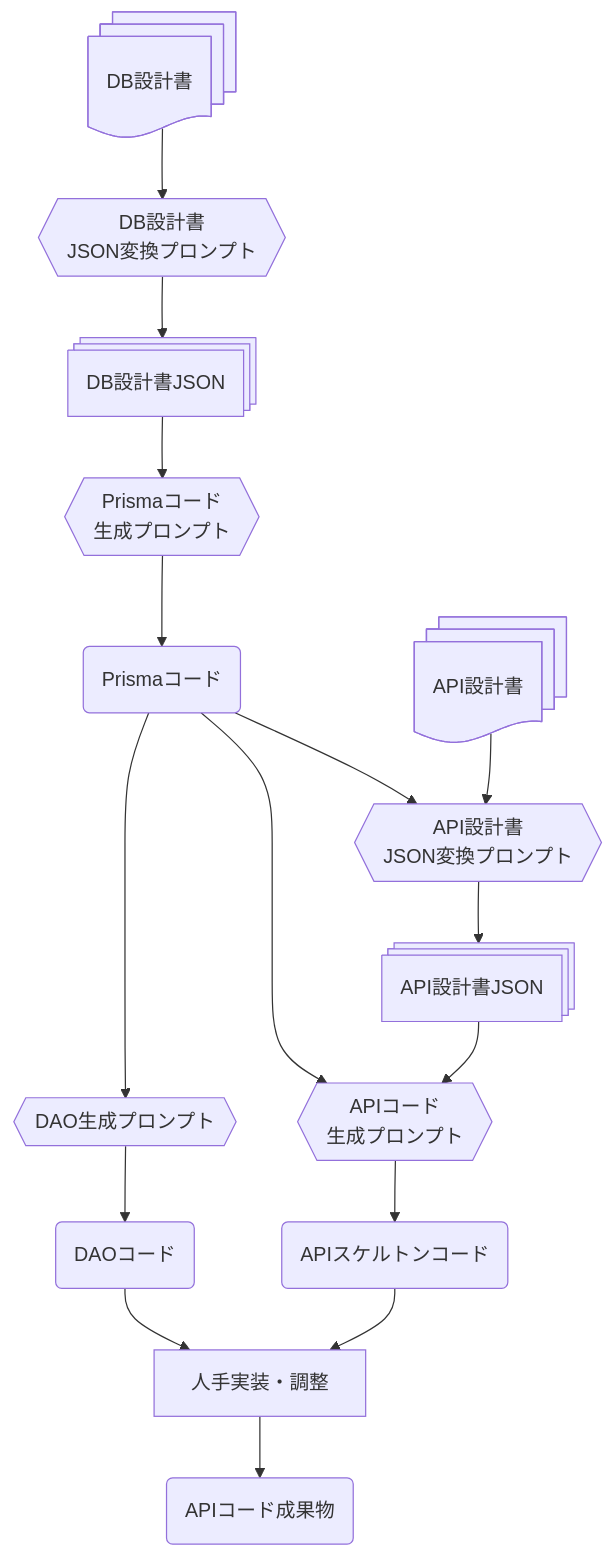
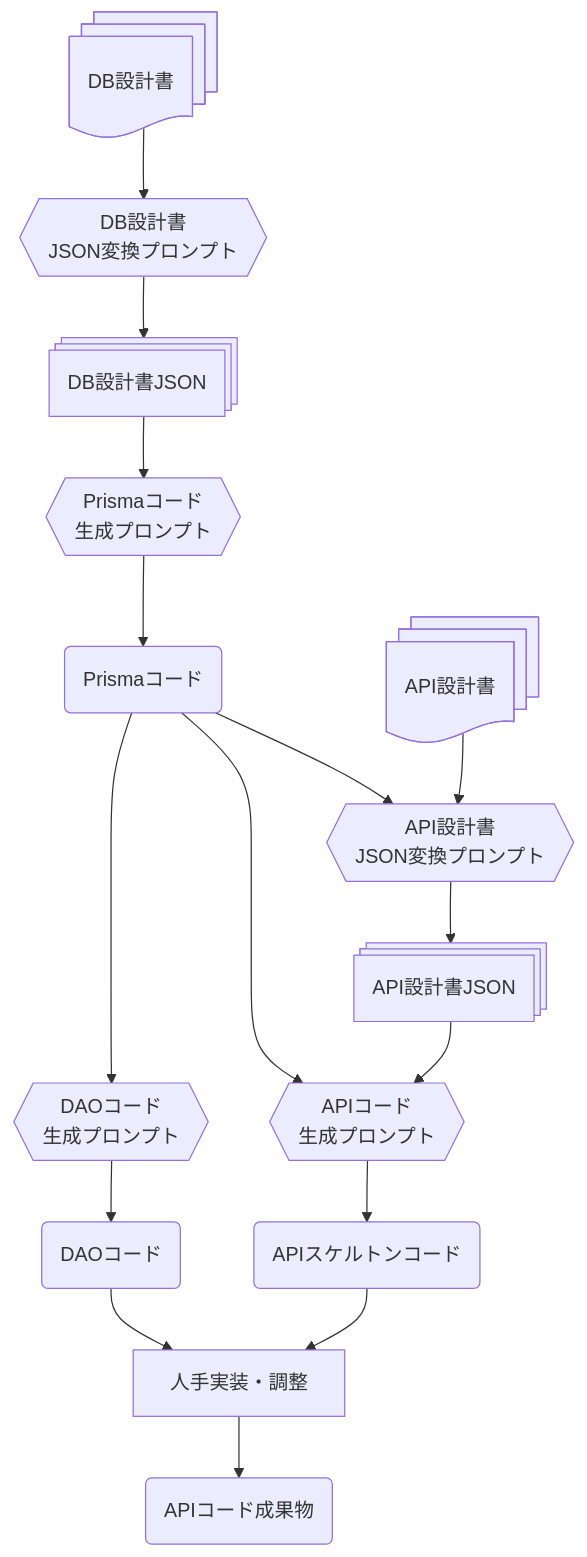
Before and after one commit to ryo-ichikawa-0308/scms-api: the diagram in README.md, drawn with Mermaid. The commit also changed other lines of this file, not shown here.

Commit message:
りどみ

````diff
--- a/README.md
+++ b/README.md
@@ -20,18 +20,18 @@
 ```mermaid
 graph TD
     DB_DOC@{ shape: docs, label: "DB設計書" } --> DB-JSON_PROMPT{{DB設計書<BR>JSON変換プロンプト}}
     DB-JSON_PROMPT --> DB_JSON@{ shape: processes, label: "DB設計書JSON" }
     DB_JSON --> PRISMA_PROMPT{{Prismaコード<br>生成プロンプト}}
     PRISMA_PROMPT --> PRISMA(Prismaコード)
-    PRISMA --> DAO_PROMPT{{DAO生成プロンプト}}
+    PRISMA --> DAO_PROMPT{{DAOコード<br>生成プロンプト}}
     DAO_PROMPT --> DAO(DAOコード)
     PRISMA --> API-JSON_PROMPT{{API設計書<BR>JSON変換プロンプト}}
     API_DOC@{ shape: docs, label: "API設計書" } --> API-JSON_PROMPT
     API-JSON_PROMPT --> API_JSON@{ shape: processes, label: "API設計書JSON" }
     PRISMA --> API_PROMPT{{APIコード<br>生成プロンプト}}
     API_JSON --> API_PROMPT
     API_PROMPT --> API_SKELTON(APIスケルトンコード)
     DAO --> PROGRAMER[人手実装・調整]
     API_SKELTON --> PROGRAMER
     PROGRAMER --> API(APIコード成果物)
 ```
````
